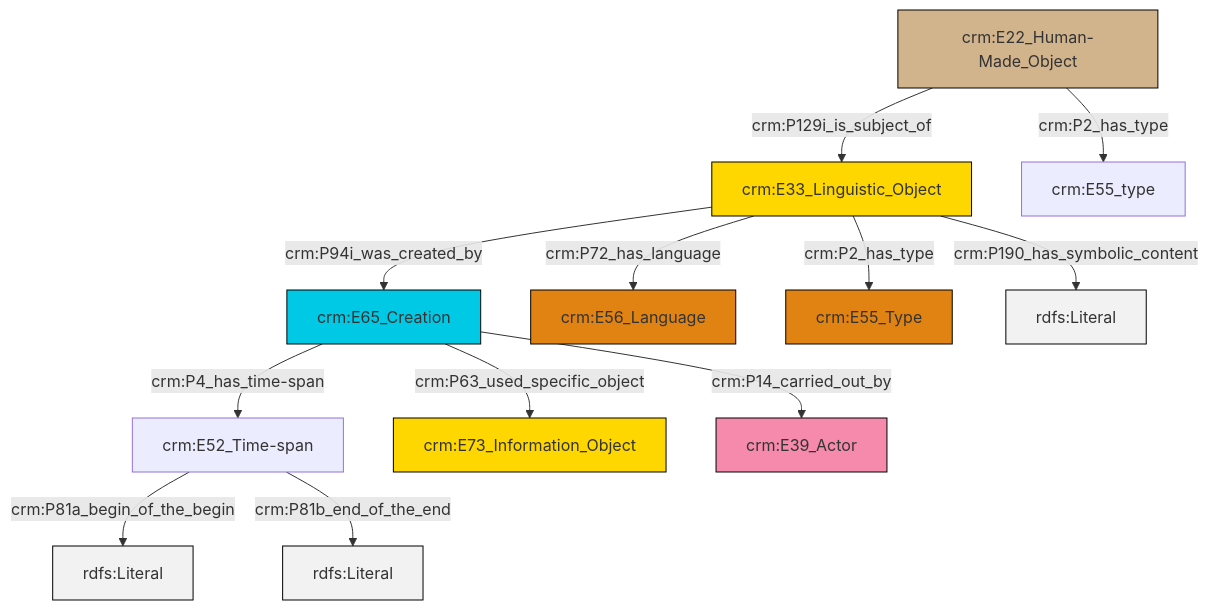
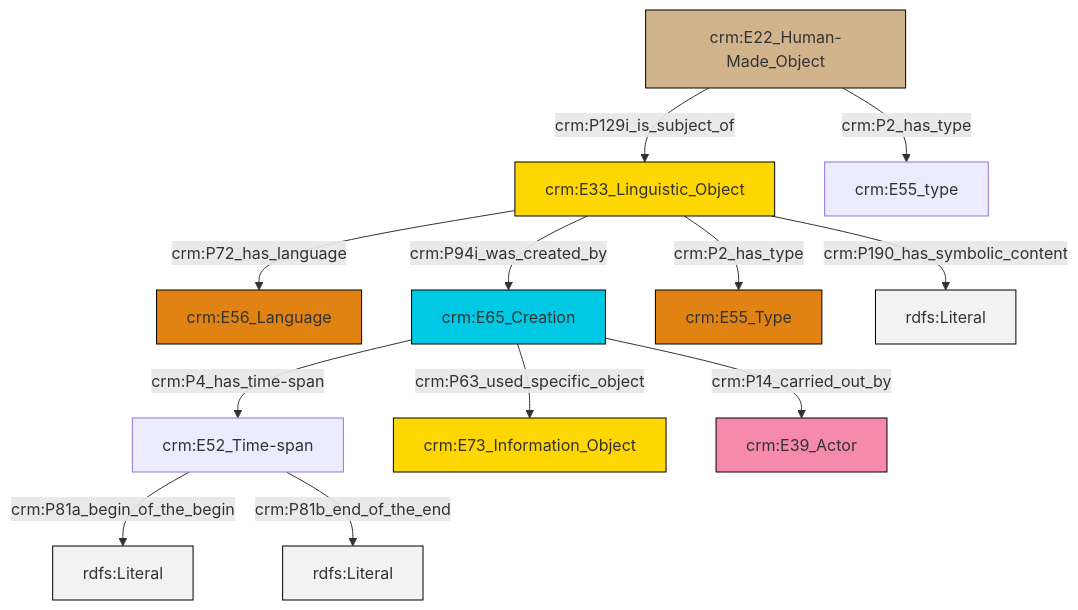
Before and after one commit to swiss-art-research-net/docs.swissartresearch: the diagram in et/artworkCSV/ttl/mmd/Artwork_Description.ttl.mmd, drawn with Mermaid. The commit also changed 204 other files, not shown here.

```diff
--- a/et/artworkCSV/ttl/mmd/Artwork_Description.ttl.mmd
+++ b/et/artworkCSV/ttl/mmd/Artwork_Description.ttl.mmd
@@ -1,26 +1,26 @@
 graph TD
 classDef Literal fill:#f2f2f2,stroke:#000000;
 classDef CRM_Entity fill:#FFFFFF,stroke:#000000;
 classDef Temporal_Entity fill:#00C9E6, stroke:#000000;
 classDef Type fill:#E18312, stroke:#000000;
 classDef Time-Span fill:#2C9C91, stroke:#000000;
 classDef Appellation fill:#FFEB7F, stroke:#000000;
 classDef Place fill:#008836, stroke:#000000;
 classDef Persistent_Item fill:#B266B2, stroke:#000000;
 classDef Conceptual_Object fill:#FFD700, stroke:#000000;
 classDef Physical_Thing fill:#D2B48C, stroke:#000000;
 classDef Actor fill:#f58aad, stroke:#000000;
 classDef PC_Classes fill:#4ce600, stroke:#000000;
 classDef Multi fill:#cccccc,stroke:#000000;
 
-0["crm:E33_Linguistic_Object"]:::Conceptual_Object -->|crm:P94i_was_created_by| 1["crm:E65_Creation"]:::Temporal_Entity
-0["crm:E33_Linguistic_Object"]:::Conceptual_Object -->|crm:P72_has_language| 2["crm:E56_Language"]:::Type
-3["crm:E22_Human-Made_Object"]:::Physical_Thing -->|crm:P2_has_type| 4["crm:E55_type"]:::Default
-3["crm:E22_Human-Made_Object"]:::Physical_Thing -->|crm:P129i_is_subject_of| 0["crm:E33_Linguistic_Object"]:::Conceptual_Object
-1["crm:E65_Creation"]:::Temporal_Entity -->|crm:P4_has_time-span| 8["crm:E52_Time-span"]:::Default
-1["crm:E65_Creation"]:::Temporal_Entity -->|crm:P14_carried_out_by| 11["crm:E39_Actor"]:::Actor
-0["crm:E33_Linguistic_Object"]:::Conceptual_Object -->|crm:P190_has_symbolic_content| 12[rdfs:Literal]:::Literal
-8["crm:E52_Time-span"]:::Default -->|crm:P81a_begin_of_the_begin| 17[rdfs:Literal]:::Literal
-1["crm:E65_Creation"]:::Temporal_Entity -->|crm:P63_used_specific_object| 9["crm:E73_Information_Object"]:::Conceptual_Object
-8["crm:E52_Time-span"]:::Default -->|crm:P81b_end_of_the_end| 20[rdfs:Literal]:::Literal
-0["crm:E33_Linguistic_Object"]:::Conceptual_Object -->|crm:P2_has_type| 5["crm:E55_Type"]:::Type
+2["crm:E52_Time-span"]:::Default -->|crm:P81a_begin_of_the_begin| 3[rdfs:Literal]:::Literal
+6["crm:E22_Human-Made_Object"]:::Physical_Thing -->|crm:P2_has_type| 4["crm:E55_type"]:::Default
+6["crm:E22_Human-Made_Object"]:::Physical_Thing -->|crm:P129i_is_subject_of| 0["crm:E33_Linguistic_Object"]:::Conceptual_Object
+0["crm:E33_Linguistic_Object"]:::Conceptual_Object -->|crm:P94i_was_created_by| 11["crm:E65_Creation"]:::Temporal_Entity
+0["crm:E33_Linguistic_Object"]:::Conceptual_Object -->|crm:P2_has_type| 13["crm:E55_Type"]:::Type
+11["crm:E65_Creation"]:::Temporal_Entity -->|crm:P14_carried_out_by| 14["crm:E39_Actor"]:::Actor
+0["crm:E33_Linguistic_Object"]:::Conceptual_Object -->|crm:P72_has_language| 9["crm:E56_Language"]:::Type
+11["crm:E65_Creation"]:::Temporal_Entity -->|crm:P63_used_specific_object| 7["crm:E73_Information_Object"]:::Conceptual_Object
+11["crm:E65_Creation"]:::Temporal_Entity -->|crm:P4_has_time-span| 2["crm:E52_Time-span"]:::Default
+2["crm:E52_Time-span"]:::Default -->|crm:P81b_end_of_the_end| 18[rdfs:Literal]:::Literal
+0["crm:E33_Linguistic_Object"]:::Conceptual_Object -->|crm:P190_has_symbolic_content| 20[rdfs:Literal]:::Literal
```
